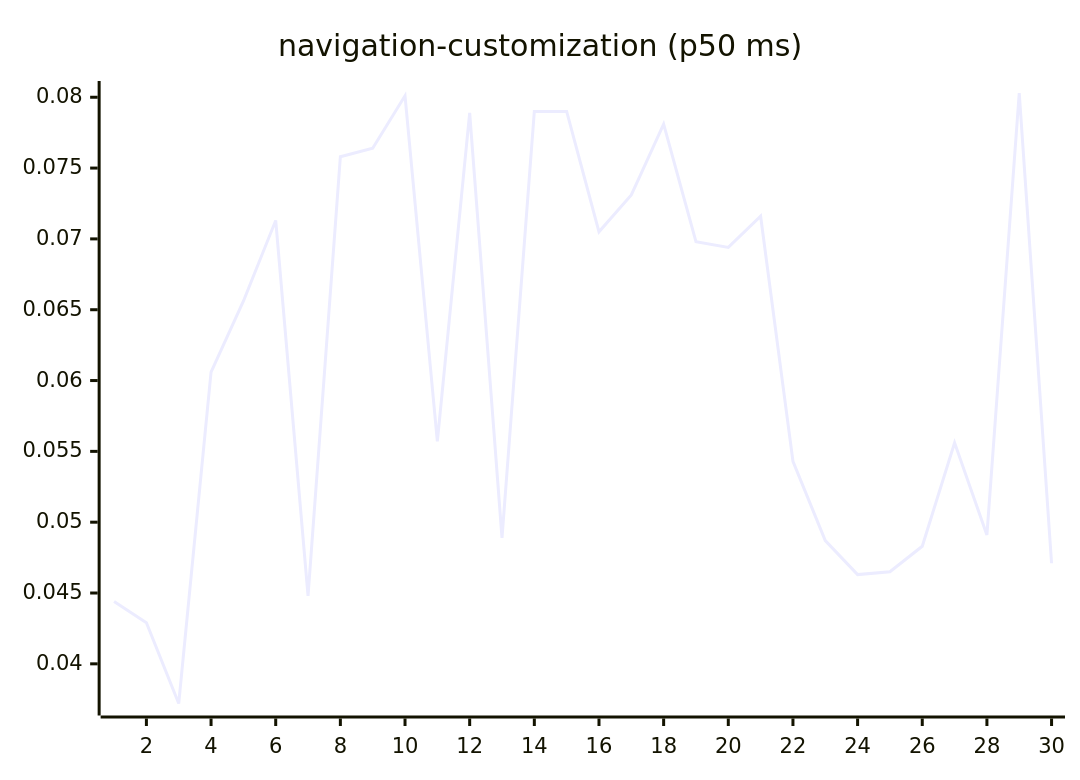
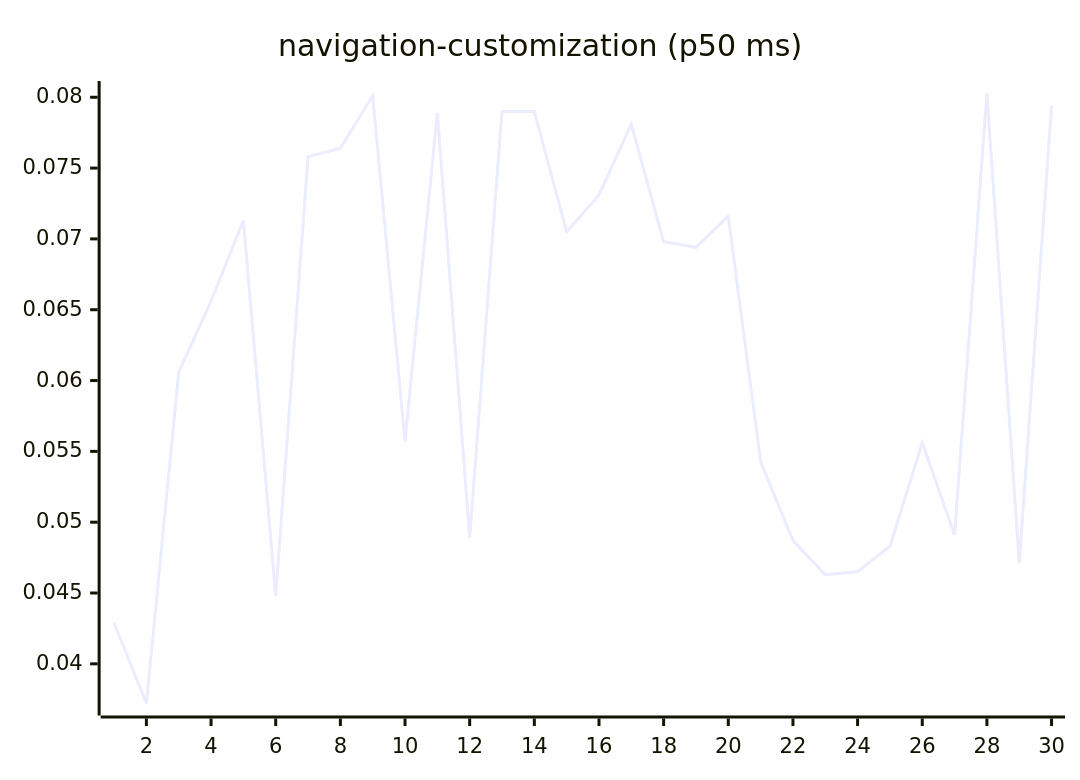
Diagram 15 of 27 in README.md (josha/Facet), drawn with Mermaid before and after one commit. The commit also changed other lines of this file and 2 other files, not shown here.

````diff
--- a/README.md
+++ b/README.md
@@ -161,6 +161,6 @@
 ```mermaid
 xychart-beta
     title "navigation-customization (p50 ms)"
     x-axis 1 --> 30
-    line [0.0444, 0.0429, 0.0372, 0.0606, 0.0656, 0.0713, 0.0448, 0.0758, 0.0764, 0.0801, 0.0557, 0.0789, 0.0489, 0.0790, 0.0790, 0.0705, 0.0731, 0.0781, 0.0698, 0.0694, 0.0716, 0.0543, 0.0487, 0.0463, 0.0465, 0.0483, 0.0556, 0.0491, 0.0803, 0.0471]
+    line [0.0429, 0.0372, 0.0606, 0.0656, 0.0713, 0.0448, 0.0758, 0.0764, 0.0801, 0.0557, 0.0789, 0.0489, 0.0790, 0.0790, 0.0705, 0.0731, 0.0781, 0.0698, 0.0694, 0.0716, 0.0543, 0.0487, 0.0463, 0.0465, 0.0483, 0.0556, 0.0491, 0.0803, 0.0471, 0.0794]
 ```
````
